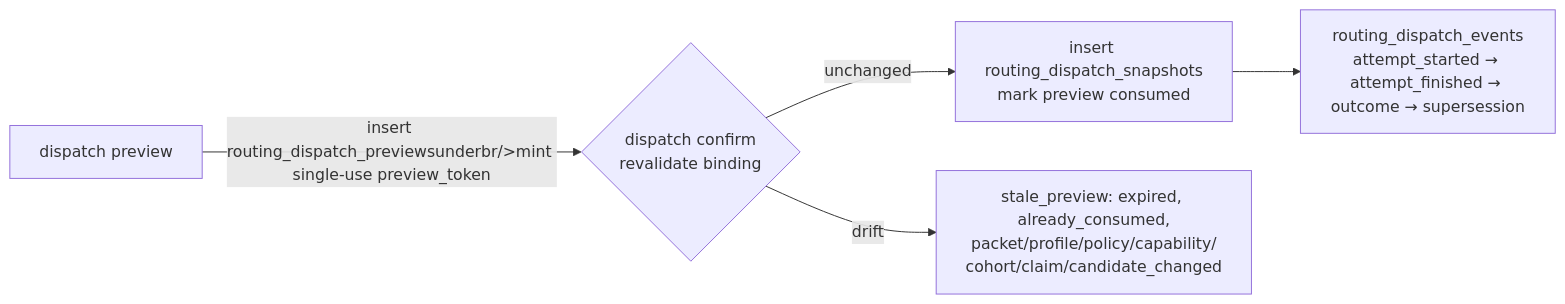
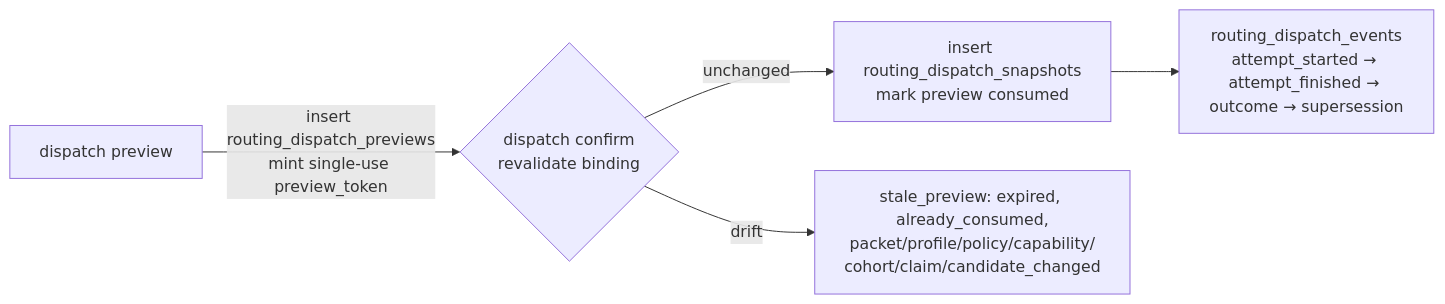
Before and after one commit to rdrsss/planar: diagram 15 of 30 in docs/lifecycles.md, drawn with Mermaid. The commit also changed 2 other files, not shown here.

Commit message:
Tasks 7113, 7114: repository-neutral probe-ordering prose and the lifecycles Mermaid label; refresh the scriptorium golden

````diff
--- a/docs/lifecycles.md
+++ b/docs/lifecycles.md
@@ -420,7 +420,7 @@
 ```mermaid
 flowchart LR
-    P[dispatch preview] -->|insert routing_dispatch_previewsunderbr/>mint single-use preview_token| T{dispatch confirm<br/>revalidate binding}
+    P[dispatch preview] -->|insert routing_dispatch_previews<br/>mint single-use preview_token| T{dispatch confirm<br/>revalidate binding}
     T -->|unchanged| S[insert routing_dispatch_snapshots<br/>mark preview consumed]
     T -->|drift| E[stale_preview: expired, already_consumed,<br/>packet/profile/policy/capability/<br/>cohort/claim/candidate_changed]
     S --> V[routing_dispatch_events<br/>attempt_started → attempt_finished → outcome → supersession]
 ```
````
